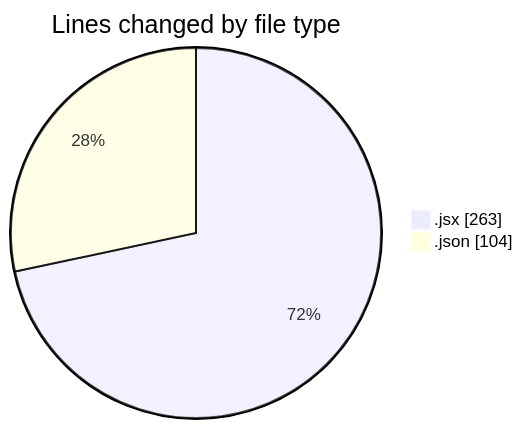
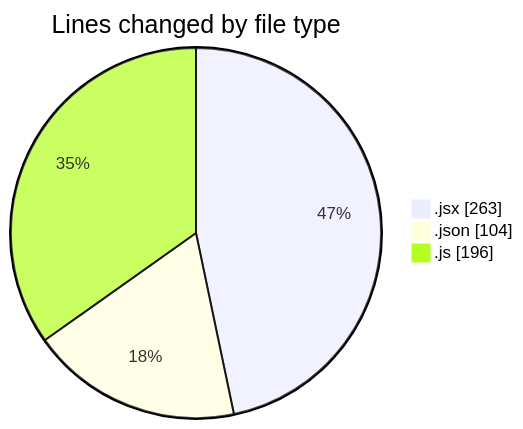
Before and after one commit to momahboobian/code-tracking: the first of 2 diagrams in 2025-05-19/cda/README.md, drawn with Mermaid. The commit also changed other lines of this file and 1 other file, not shown here.

````diff
--- a/2025-05-19/cda/README.md
+++ b/2025-05-19/cda/README.md
@@ -21,6 +22,7 @@
 ```mermaid
 pie showData
 title Lines changed by file type
 ".jsx" : 263
 ".json" : 104
+".js" : 196
 ```
````
